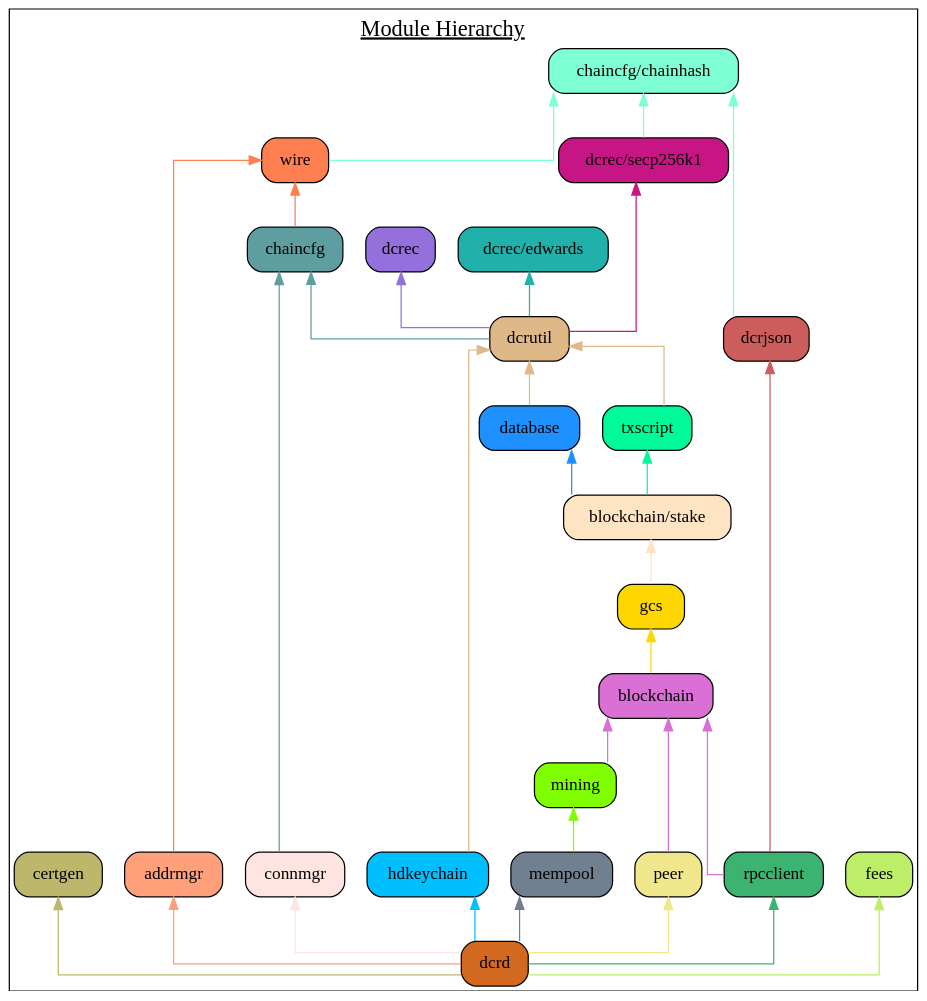
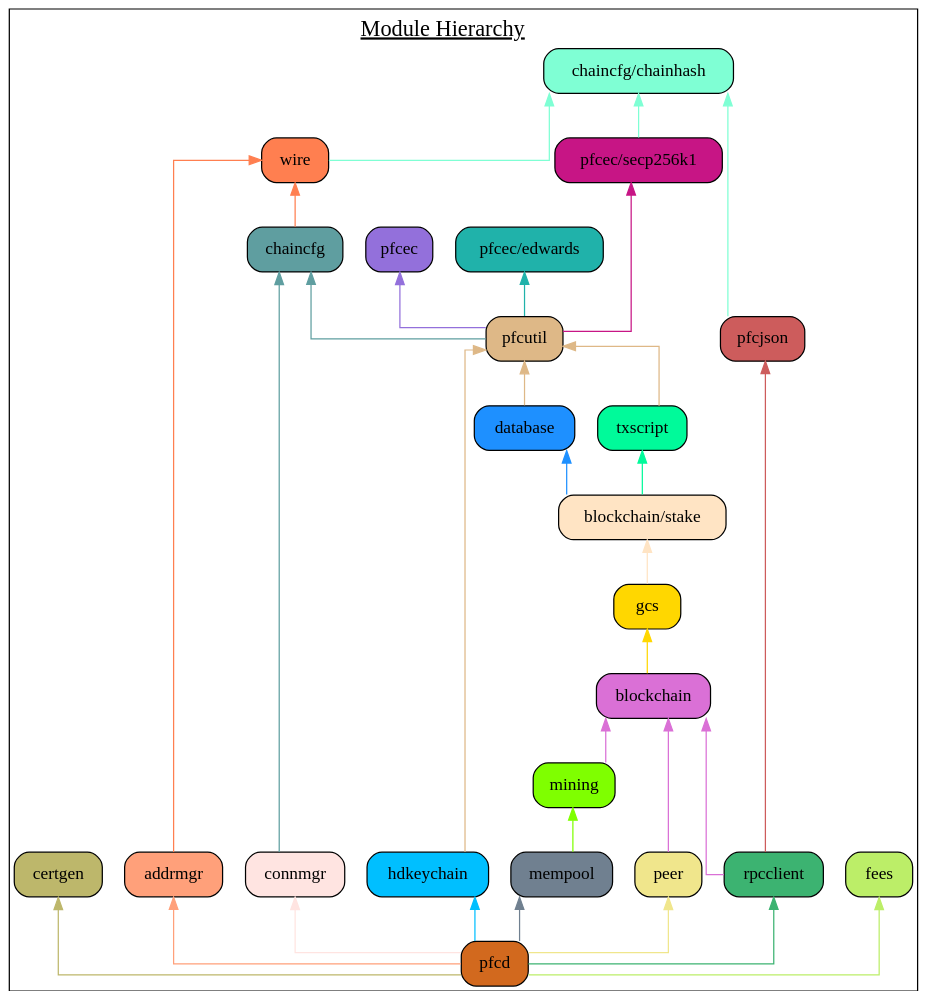
Before and after one commit to picfight/pfcd: the diagram in docs/assets/module_hierarchy.gv, drawn with Graphviz.

```diff
--- a/docs/assets/module_hierarchy.gv
+++ b/docs/assets/module_hierarchy.gv
@@ -1,63 +1,63 @@
 digraph {
 	graph [splines=ortho colorscheme=svg label=<<u>Module Hierarchy</u>> labelloc=t fontsize=18.0]
 	node [shape=box style="filled, rounded"]
 
 	certgen [label="certgen" fillcolor=darkkhaki]
 	chainhash [label="chaincfg/chainhash" fillcolor=aquamarine]
-	dcrjson [label="dcrjson" fillcolor=indianred]
+	pfcjson [label="pfcjson" fillcolor=indianred]
 	wire [label="wire" fillcolor=coral]
 	addrmgr [label="addrmgr" fillcolor=lightsalmon]
 	chaincfg [label="chaincfg" fillcolor=cadetblue]
 	connmgr [label="connmgr" fillcolor=mistyrose]
-	dcrec [label="dcrec" fillcolor=mediumpurple]
-	edwards [label="dcrec/edwards" fillcolor=lightseagreen]
-	secp256k1 [label="dcrec/secp256k1" fillcolor=mediumvioletred]
-	dcrutil [label="dcrutil" fillcolor=burlywood]
+	pfcec [label="pfcec" fillcolor=mediumpurple]
+	edwards [label="pfcec/edwards" fillcolor=lightseagreen]
+	secp256k1 [label="pfcec/secp256k1" fillcolor=mediumvioletred]
+	pfcutil [label="pfcutil" fillcolor=burlywood]
 	database [label="database" fillcolor=dodgerblue]
 	hdkeychain [label="hdkeychain" fillcolor=deepskyblue]
 	txscript [label="txscript" fillcolor=mediumspringgreen]
 	stake [label="blockchain/stake" fillcolor=bisque]
 	gcs [label="gcs" fillcolor=gold]
 	blockchain [label="blockchain" fillcolor=orchid]
 	mempool [label="mempool" fillcolor=slategray]
 	mining [label="mining" fillcolor=chartreuse]
 	peer [label="peer" fillcolor=khaki]
 	rpcclient [label="rpcclient" fillcolor=mediumseagreen]
 	fees [label="fees" fillcolor=darkolivegreen2]
-	dcrd [label="dcrd" fillcolor=chocolate]
+	pfcd [label="pfcd" fillcolor=chocolate]
 
 	{rank=same connmgr addrmgr hdkeychain peer rpcclient mempool}
 
 	certgen
-	chainhash -> dcrjson [dir=back color=aquamarine]
+	chainhash -> pfcjson [dir=back color=aquamarine]
 	chainhash -> wire [dir=back color=aquamarine]
 	wire -> addrmgr [dir=back color=coral]
 	wire -> chaincfg [dir=back color=coral]
 	chaincfg -> connmgr [dir=back color=cadetblue]
 	chainhash -> secp256k1 [dir=back color=aquamarine]
-	chaincfg -> dcrutil [dir=back color=cadetblue]
-	dcrec -> dcrutil [dir=back color=mediumpurple]
-	edwards ->  dcrutil [dir=back color=lightseagreen]
-	secp256k1 ->  dcrutil [dir=back color=mediumvioletred]
-	dcrutil -> database [dir=back color=burlywood]
-	dcrutil -> hdkeychain [dir=back color=burlywood]
-	dcrutil -> txscript [dir=back color=burlywood]
+	chaincfg -> pfcutil [dir=back color=cadetblue]
+	pfcec -> pfcutil [dir=back color=mediumpurple]
+	edwards ->  pfcutil [dir=back color=lightseagreen]
+	secp256k1 ->  pfcutil [dir=back color=mediumvioletred]
+	pfcutil -> database [dir=back color=burlywood]
+	pfcutil -> hdkeychain [dir=back color=burlywood]
+	pfcutil -> txscript [dir=back color=burlywood]
 	database ->  stake [dir=back color=dodgerblue]
 	txscript -> stake [dir=back color=mediumspringgreen]
 	stake -> gcs [dir=back color=bisque]
 	gcs -> blockchain [dir=back color=gold]
 	blockchain -> mining [dir=back color=orchid]
 	mining -> mempool [dir=back color=chartreuse]
 	blockchain -> peer [dir=back color=orchid]
 	blockchain -> rpcclient [dir=back color=orchid]
-	dcrjson -> rpcclient [dir=back color=indianred]
+	pfcjson -> rpcclient [dir=back color=indianred]
 
-	fees -> dcrd [dir=back color=darkolivegreen2]
-	mempool -> dcrd [dir=back color=slategray]
-	certgen -> dcrd [dir=back color=darkkhaki]
-	addrmgr -> dcrd [dir=back color=lightsalmon]
-	hdkeychain -> dcrd [dir=back color=deepskyblue]
-	connmgr -> dcrd [dir=back color=mistyrose]
-	rpcclient -> dcrd [dir=back color=mediumseagreen]
-	peer -> dcrd [dir=back color=khaki]
+	fees -> pfcd [dir=back color=darkolivegreen2]
+	mempool -> pfcd [dir=back color=slategray]
+	certgen -> pfcd [dir=back color=darkkhaki]
+	addrmgr -> pfcd [dir=back color=lightsalmon]
+	hdkeychain -> pfcd [dir=back color=deepskyblue]
+	connmgr -> pfcd [dir=back color=mistyrose]
+	rpcclient -> pfcd [dir=back color=mediumseagreen]
+	peer -> pfcd [dir=back color=khaki]
 }
```
